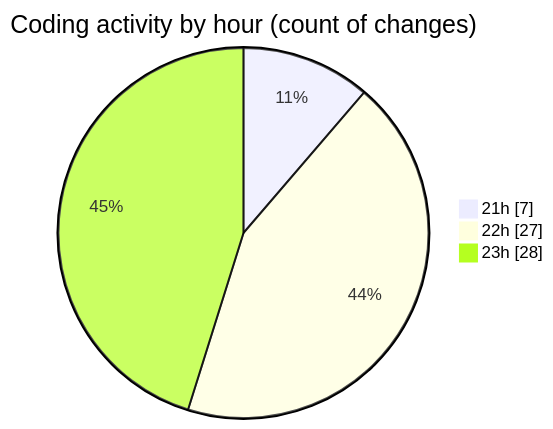
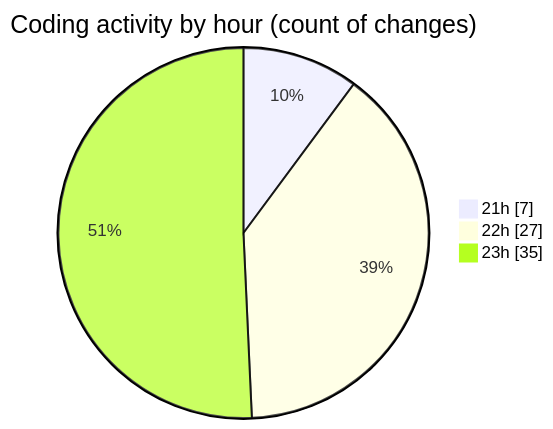
Before and after one commit to lephambinh05/code-tracking: the second of 2 diagrams in 2025-08-16/studybuddy/README.md, drawn with Mermaid. The commit also changed other lines of this file and 1 other file, not shown here.

````diff
--- a/2025-08-16/studybuddy/README.md
+++ b/2025-08-16/studybuddy/README.md
@@ -44,7 +45,7 @@
 ```mermaid
 pie showData
 title Coding activity by hour (count of changes)
 "21h" : 7
 "22h" : 27
-"23h" : 28
+"23h" : 35
 ```
````
